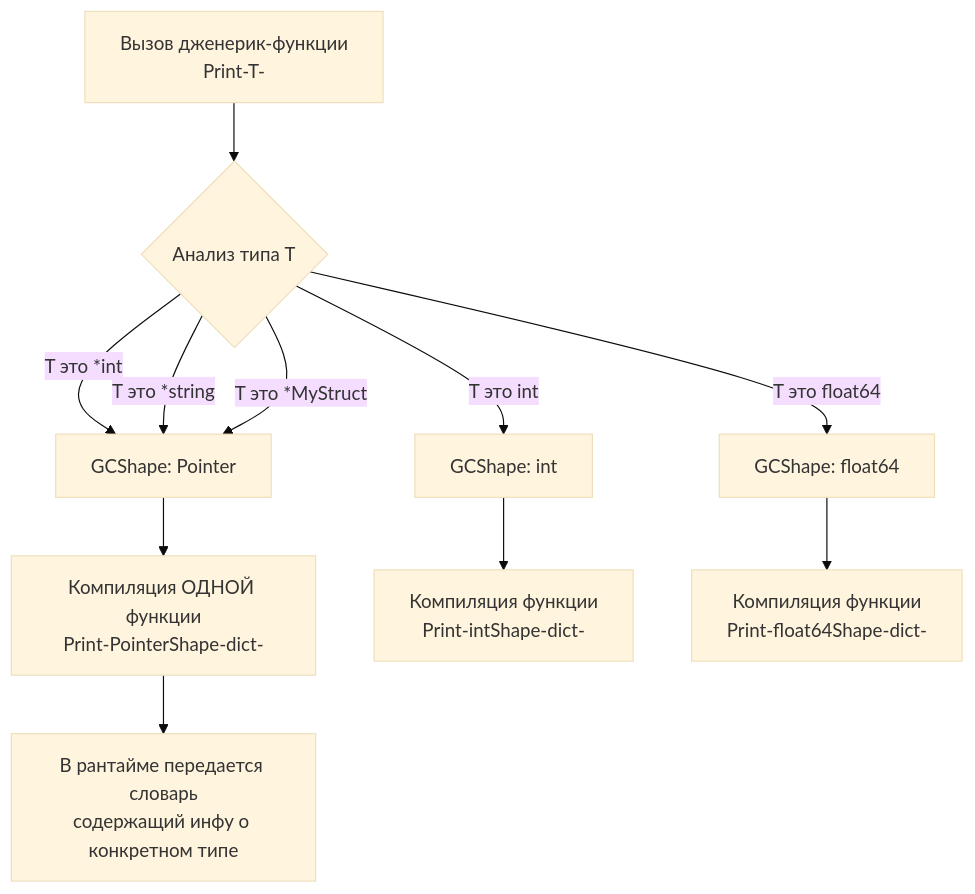
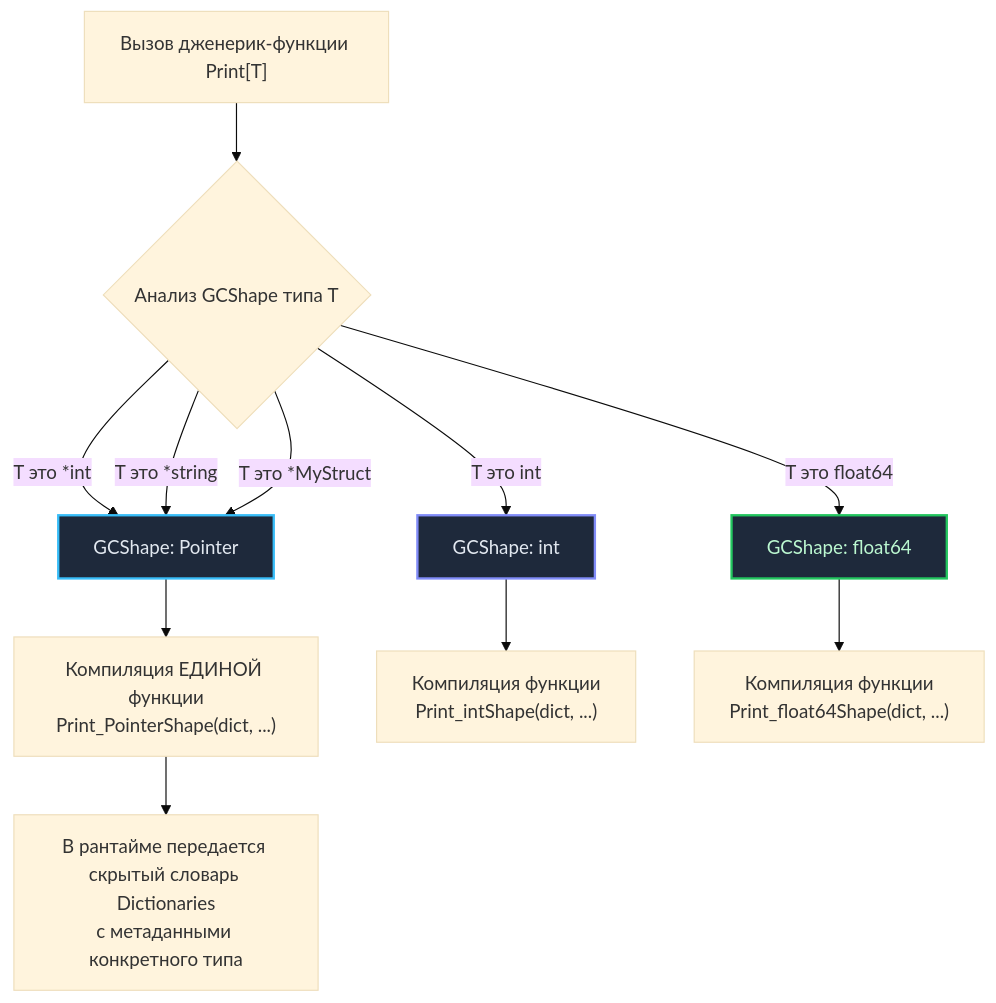
The diagram in sources/4. История и философия Go/28. Generics. Почему Go так долго жил без них.md (UnrealTemplier/go-textbook), drawn with Mermaid (base theme) before and after one commit. The commit also changed other lines of this file, not shown here.

````diff
--- a/sources/4. История и философия Go/28. Generics. Почему Go так долго жил без них.md
+++ b/sources/4. История и философия Go/28. Generics. Почему Go так долго жил без них.md
@@ -55,17 +84,21 @@
 ```mermaid
 flowchart TD
-    A["Вызов дженерик-функции<br>Print-T-"] --> B{"Анализ типа T"}
+    A["Вызов дженерик-функции Print[T]"] --> B{"Анализ GCShape типа T"}
     
     B -->|T это *int| C["GCShape: Pointer"]
     B -->|T это *string| C
     B -->|T это *MyStruct| C
     
     B -->|T это int| D["GCShape: int"]
     B -->|T это float64| E["GCShape: float64"]
     
-    C --> F["Компиляция ОДНОЙ функции<br>Print-PointerShape-dict-"]
-    D --> G["Компиляция функции<br>Print-intShape-dict-"]
-    E --> H["Компиляция функции<br>Print-float64Shape-dict-"]
+    C --> F["Компиляция ЕДИНОЙ функции<br>Print_PointerShape(dict, ...)"]
+    D --> G["Компиляция функции<br>Print_intShape(dict, ...)"]
+    E --> H["Компиляция функции<br>Print_float64Shape(dict, ...)"]
     
-    F --> I["В рантайме передается словарь<br>содержащий инфу о конкретном типе"]
+    F --> I["В рантайме передается скрытый словарь Dictionaries<br>с метаданными конкретного типа"]
+    
+    style C fill:#1e293b,stroke:#38bdf8,stroke-width:2px,color:#e2e8f0
+    style D fill:#1e293b,stroke:#818cf8,stroke-width:2px,color:#e2e8f0
+    style E fill:#1e293b,stroke:#22c55e,stroke-width:2px,color:#bbf7d0
 ```
````
